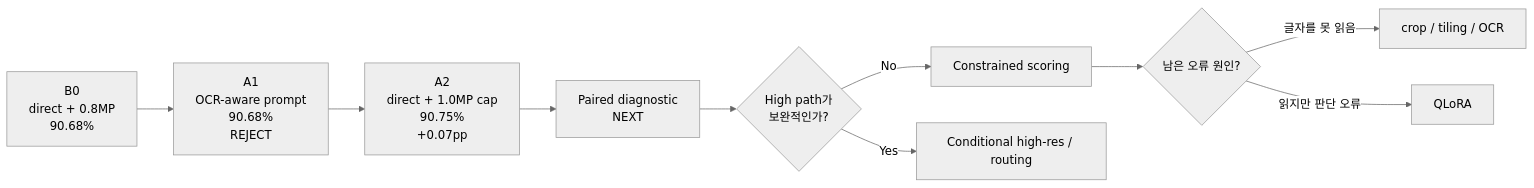
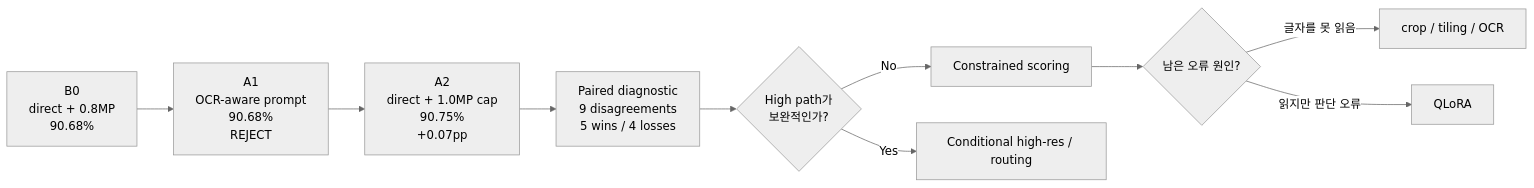
The diagram in reports/model_evolution.md (moonaneul/VQA_text_image_based), drawn with Mermaid (neutral theme) before and after one commit. The commit also changed other lines of this file, not shown here.

````diff
--- a/reports/model_evolution.md
+++ b/reports/model_evolution.md
@@ -7,12 +7,12 @@
 ```mermaid
 flowchart LR
     B0["B0<br/>direct + 0.8MP<br/>90.68%"] --> A1["A1<br/>OCR-aware prompt<br/>90.68%<br/>REJECT"]
     A1 --> A2["A2<br/>direct + 1.0MP cap<br/>90.75%<br/>+0.07pp"]
-    A2 --> P["Paired diagnostic<br/>NEXT"]
+    A2 --> P["Paired diagnostic<br/>9 disagreements<br/>5 wins / 4 losses"]
     P --> Q{"High path가<br/>보완적인가?"}
     Q -->|No| A4["Constrained scoring"]
     Q -->|Yes| R["Conditional high-res / routing"]
     A4 --> D{"남은 오류 원인?"}
     D -->|글자를 못 읽음| Z["crop / tiling / OCR"]
     D -->|읽지만 판단 오류| F["QLoRA"]
 ```
````
